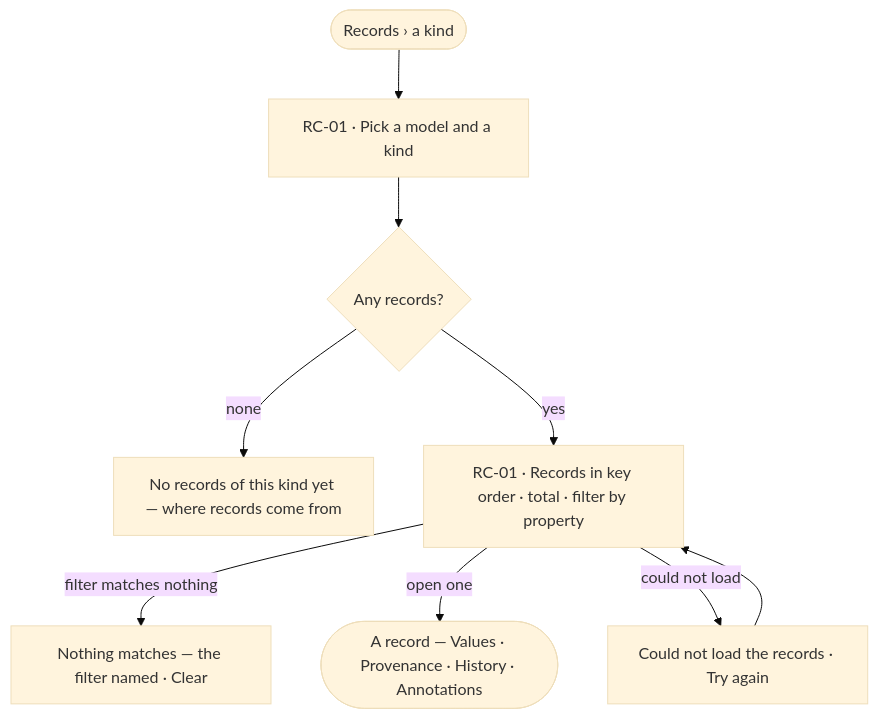
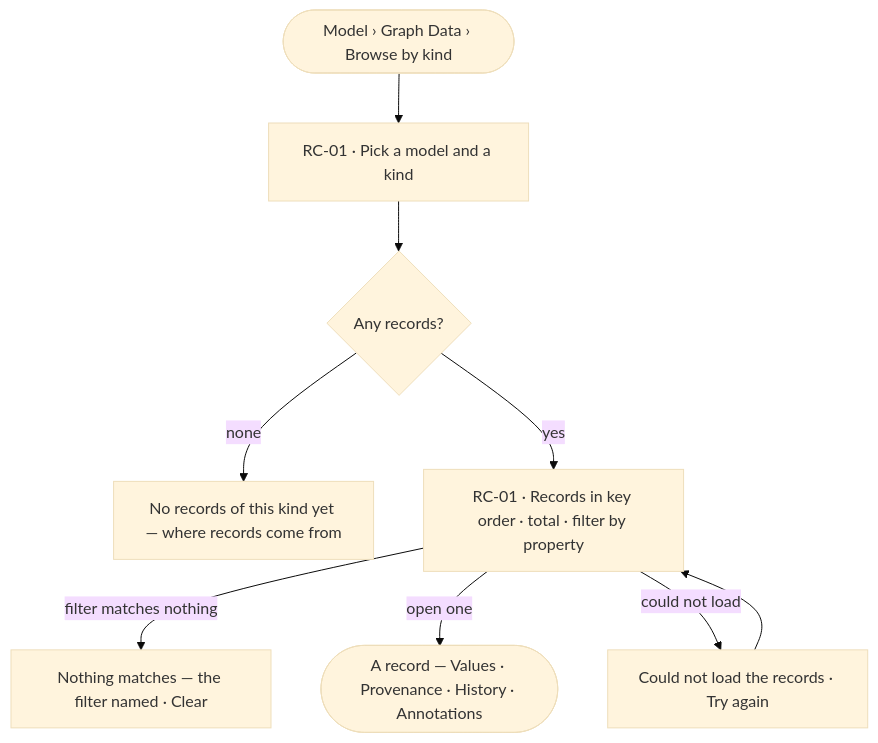
The diagram in specs/capabilities/records/features/RC-F01-records-by-kind/feature.md (invana/invana), drawn with Mermaid (base theme) before and after one commit. The commit also changed other lines of this file and 133 other files, not shown here.

````diff
--- a/specs/capabilities/records/features/RC-F01-records-by-kind/feature.md
+++ b/specs/capabilities/records/features/RC-F01-records-by-kind/feature.md
@@ -21,10 +21,10 @@
 ```mermaid
 flowchart TD
-  start([Records › a kind]) --> k["RC-01 · Pick a model and a kind"]
+  start([Model › Graph Data › Browse by kind]) --> k["RC-01 · Pick a model and a kind"]
   k --> any{Any records?}
   any -->|none| e0["No records of this kind yet — where records come from"]
   any -->|yes| list["RC-01 · Records in key order · total · filter by property"]
   list -->|filter matches nothing| ef["Nothing matches — the filter named · Clear"]
   list -->|open one| rec(["A record — Values · Provenance · History · Annotations"])
   list -->|could not load| f["Could not load the records · Try again"] --> list
 ```
````
